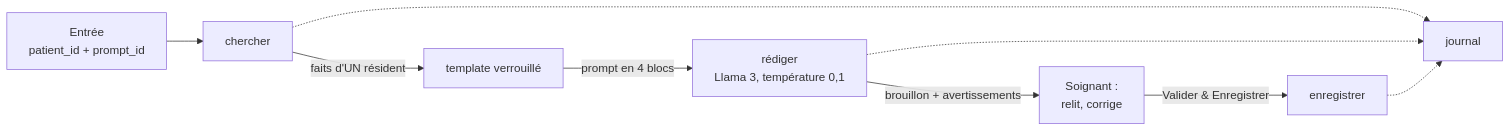
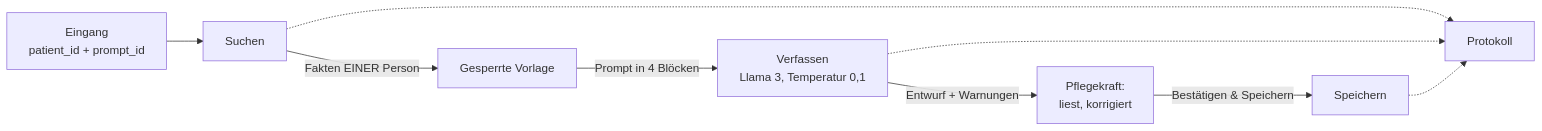
One commit to Arseine1/AI-care-assisatnt-deutsch changed the diagram in docs/briques-ia.md. Above: the diagram before and after it, drawn with Mermaid. The commit also changed other lines of this file and 324 other files, not shown here.

````diff
--- a/docs/briques-ia.md
+++ b/docs/briques-ia.md
@@ -5,11 +5,11 @@
 ```mermaid
 flowchart LR
-  A[Entrée<br/>patient_id + prompt_id] --> C[chercher]
-  C -->|faits d'UN résident| T[template verrouillé]
-  T -->|prompt en 4 blocs| R[rédiger<br/>Llama 3, température 0,1]
-  R -->|brouillon + avertissements| S[Soignant :<br/>relit, corrige]
-  S -->|Valider & Enregistrer| E[enregistrer]
-  C -.-> J[journal]
+  A[Eingang<br/>patient_id + prompt_id] --> C[Suchen]
+  C -->|Fakten EINER Person| T[Gesperrte Vorlage]
+  T -->|Prompt in 4 Blöcken| R[Verfassen<br/>Llama 3, Temperatur 0,1]
+  R -->|Entwurf + Warnungen| S[Pflegekraft:<br/>liest, korrigiert]
+  S -->|Bestätigen & Speichern| E[Speichern]
+  C -.-> J[Protokoll]
   R -.-> J
   E -.-> J
 ```
````
